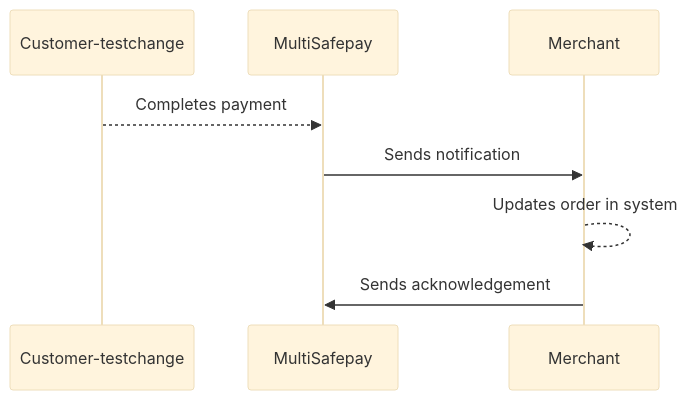
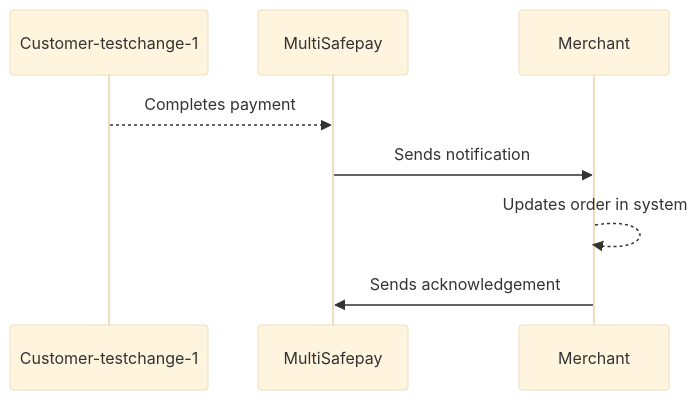
The diagram in static/diagrams/src/webhook.mmd (MultiSafepay/docs), drawn with Mermaid (base theme) before and after one commit.

Commit message:
DOCS-3313: GitHub Action to automate mermaid diagrams

```diff
--- a/static/diagrams/src/webhook.mmd
+++ b/static/diagrams/src/webhook.mmd
@@ -1,9 +1,9 @@
 sequenceDiagram
-    participant C as Customer-testchange
+    participant C as Customer-testchange-1
     participant Mu as MultiSafepay
     participant Me as Merchant
 
     C-->>Mu: Completes payment
     Mu->>Me: Sends notification
     Me-->>Me: Updates order in system
     Me->>Mu: Sends acknowledgement
```
